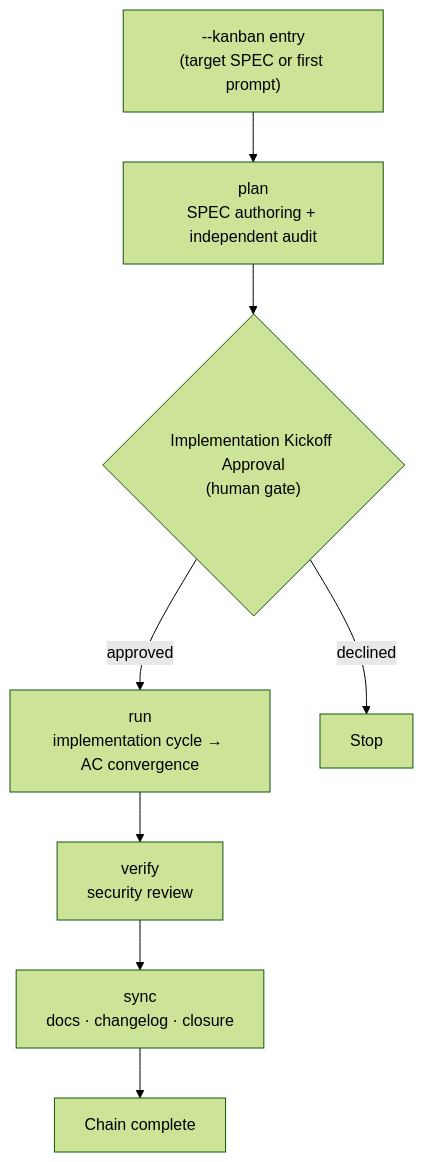
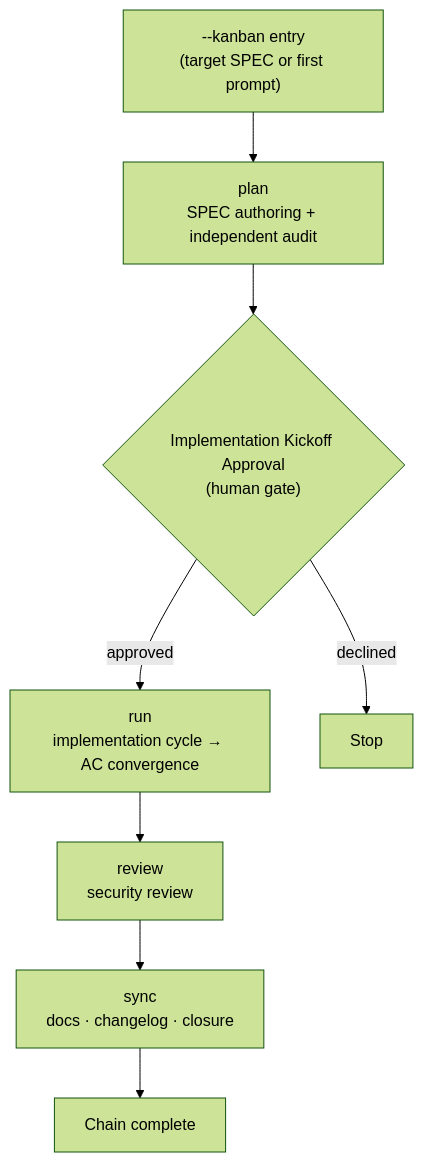
The second of 2 diagrams in docs-site/content/en/advanced/kanban-mode.md (modu-ai/moai-adk), drawn with Mermaid (forest theme) before and after one commit. The commit also changed other lines of this file and 7 other files, not shown here.

````diff
--- a/docs-site/content/en/advanced/kanban-mode.md
+++ b/docs-site/content/en/advanced/kanban-mode.md
@@ -200,10 +200,10 @@
 ```mermaid
 flowchart TD
     Entry["--kanban entry<br/>(target SPEC or first prompt)"] --> Plan["plan<br/>SPEC authoring + independent audit"]
     Plan --> Gate1{"Implementation Kickoff Approval<br/>(human gate)"}
     Gate1 -->|"approved"| Run["run<br/>implementation cycle → AC convergence"]
     Gate1 -->|"declined"| Stop1["Stop"]
-    Run --> Verify["verify<br/>security review"]
-    Verify --> Sync["sync<br/>docs · changelog · closure"]
+    Run --> Review["review<br/>security review"]
+    Review --> Sync["sync<br/>docs · changelog · closure"]
     Sync --> Done["Chain complete"]
 ```
````
